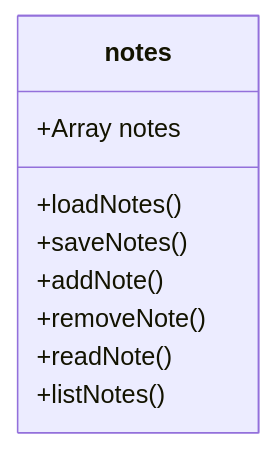
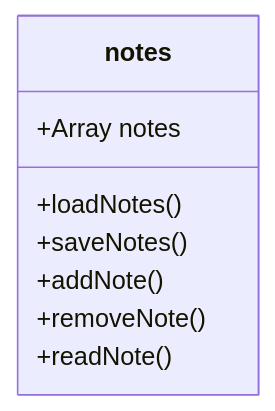
Before and after one commit to f2xiao/note-node-app: the diagram in README.md, drawn with Mermaid. The commit also changed other lines of this file and 4 other files, not shown here.

```diff
--- a/README.md
+++ b/README.md
@@ -41,11 +41,10 @@
 :::mermaid
 classDiagram
     class notes
     notes : +Array notes
     notes : +loadNotes()
     notes : +saveNotes()
     notes : +addNote()
     notes : +removeNote()
     notes : +readNote()
-    notes : +listNotes()
 :::
```
